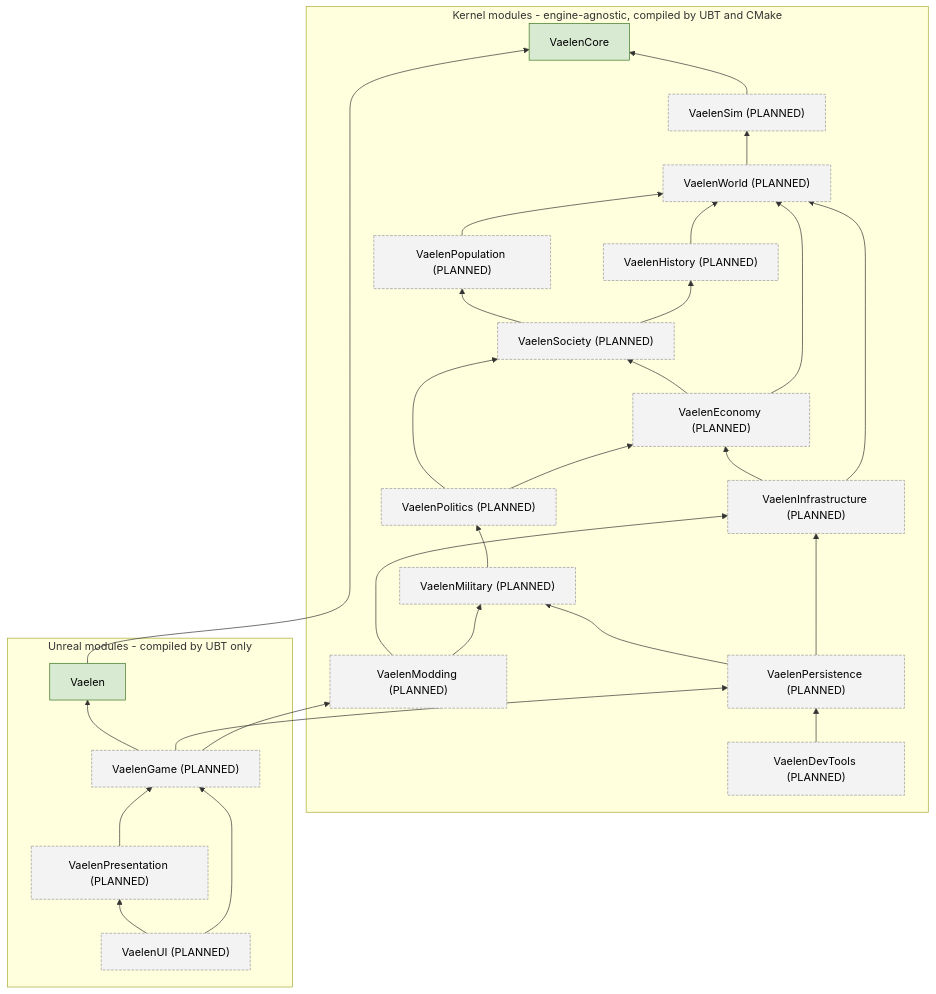
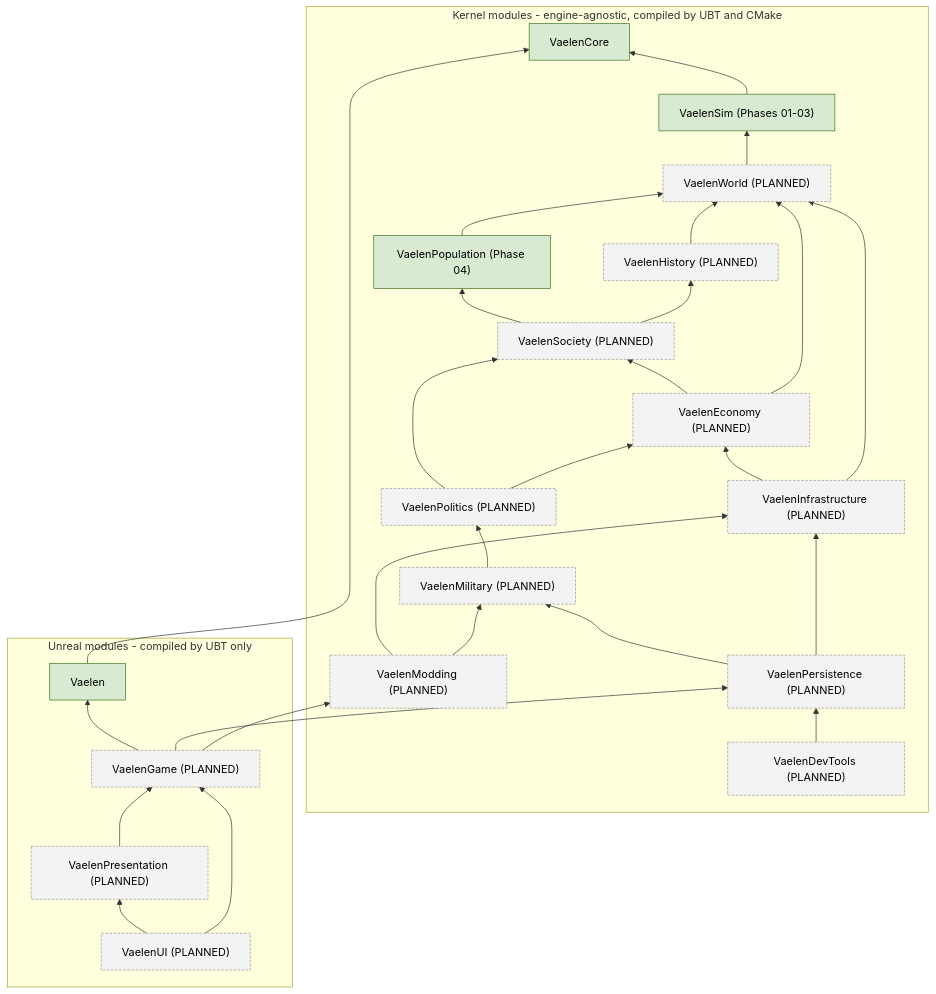
One commit to Thomas10112/vaelen changed the second of 2 diagrams in Docs/ARCHITECTURE.md. Above: the diagram before and after it, drawn with Mermaid. The commit also changed other lines of this file and 18 other files, not shown here.

````diff
--- a/Docs/ARCHITECTURE.md
+++ b/Docs/ARCHITECTURE.md
@@ -166,56 +167,56 @@
 ```mermaid
 flowchart BT
     subgraph Kernel["Kernel modules - engine-agnostic, compiled by UBT and CMake"]
         Core["VaelenCore"]
-        Sim["VaelenSim (PLANNED)"]
+        Sim["VaelenSim (Phases 01-03)"]
         World["VaelenWorld (PLANNED)"]
         History["VaelenHistory (PLANNED)"]
-        Population["VaelenPopulation (PLANNED)"]
+        Population["VaelenPopulation (Phase 04)"]
         Society["VaelenSociety (PLANNED)"]
         Economy["VaelenEconomy (PLANNED)"]
         Politics["VaelenPolitics (PLANNED)"]
         Military["VaelenMilitary (PLANNED)"]
         Infrastructure["VaelenInfrastructure (PLANNED)"]
         Persistence["VaelenPersistence (PLANNED)"]
         DevTools["VaelenDevTools (PLANNED)"]
         Modding["VaelenModding (PLANNED)"]
     end
     subgraph Unreal["Unreal modules - compiled by UBT only"]
         Bridge["Vaelen"]
         Game["VaelenGame (PLANNED)"]
         Presentation["VaelenPresentation (PLANNED)"]
         UI["VaelenUI (PLANNED)"]
     end
 
     Sim --> Core
     World --> Sim
     History --> World
     Population --> World
     Society --> Population
     Society --> History
     Economy --> Society
     Economy --> World
     Politics --> Society
     Politics --> Economy
     Military --> Politics
     Infrastructure --> Economy
     Infrastructure --> World
     Persistence --> Military
     Persistence --> Infrastructure
     DevTools --> Persistence
     Modding --> Infrastructure
     Modding --> Military
 
     Bridge --> Core
     Game --> Bridge
     Game --> Persistence
     Game --> Modding
     Presentation --> Game
     UI --> Presentation
     UI --> Game
 
     classDef existing fill:#d9ead3,stroke:#38761d,color:#000;
     classDef planned fill:#f3f3f3,stroke:#999,color:#000,stroke-dasharray: 4 2;
-    class Core,Bridge existing;
-    class Sim,World,History,Population,Society,Economy,Politics,Military,Infrastructure,Persistence,DevTools,Modding,Game,Presentation,UI planned;
+    class Core,Bridge,Sim,Population existing;
+    class World,History,Society,Economy,Politics,Military,Infrastructure,Persistence,DevTools,Modding,Game,Presentation,UI planned;
 ```
````
